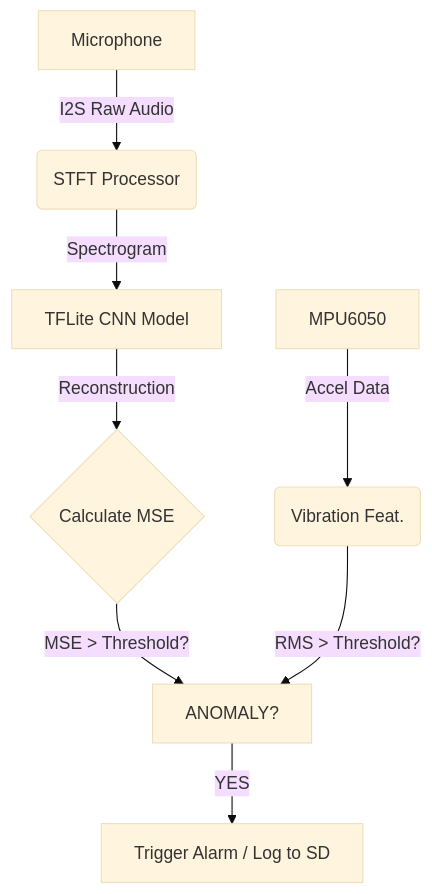
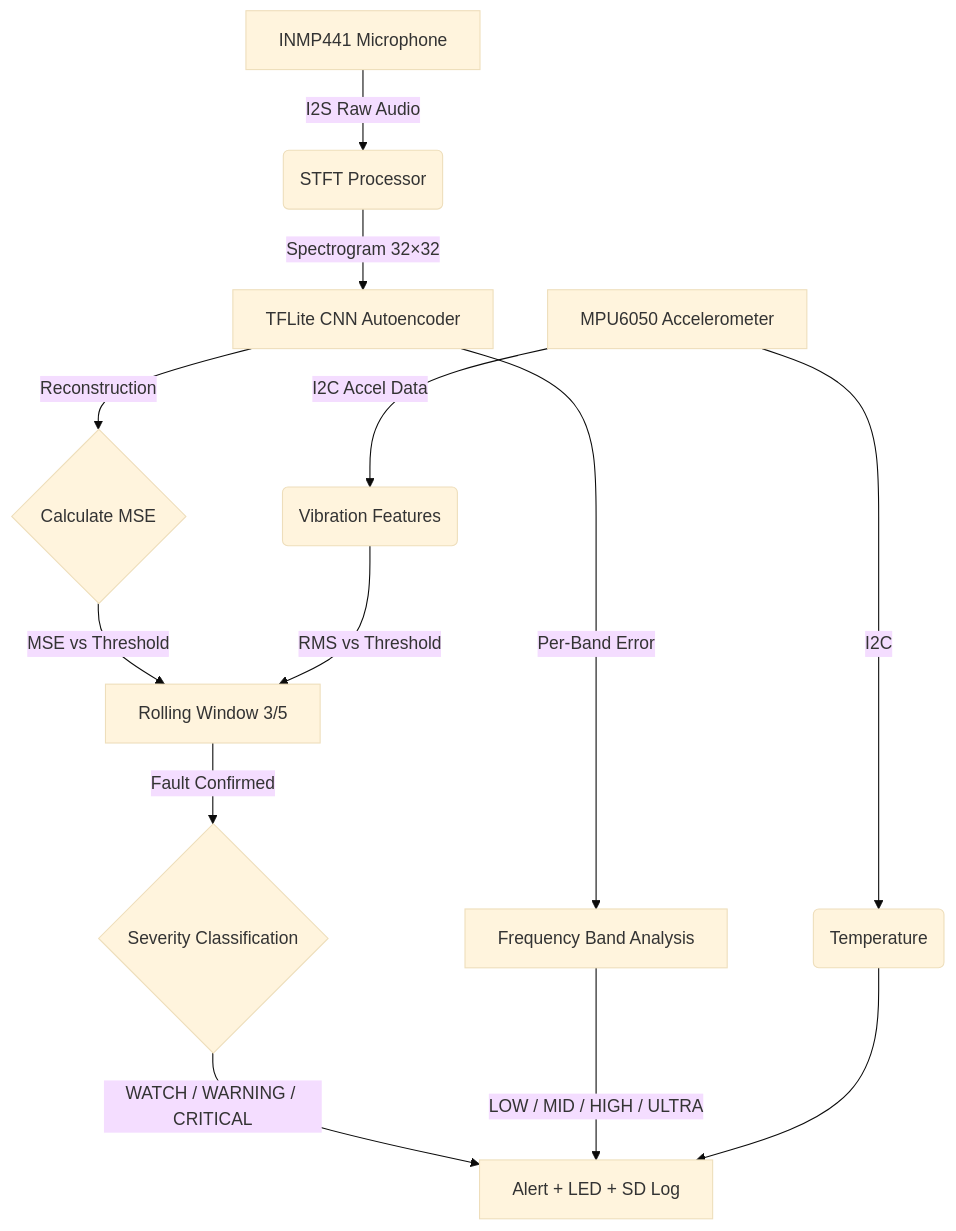
The diagram in README.md (egemen-akkoyunlu/PREDICTIVE_MAINTENANCE_TINYML), drawn with Mermaid (base theme) before and after one commit. The commit also changed other lines of this file, not shown here.

Commit message:
docs: update README with detection features, serial format, and band analysis note

````diff
--- a/README.md
+++ b/README.md
@@ -98,10 +143,15 @@
 ```mermaid
 graph TD
-    A[Microphone] -->|I2S Raw Audio| B(STFT Processor)
-    C[MPU6050] -->|Accel Data| D(Vibration Feat.)
-    B -->|Spectrogram| E[TFLite CNN Model]
+    A[INMP441 Microphone] -->|I2S Raw Audio| B(STFT Processor)
+    C[MPU6050 Accelerometer] -->|I2C Accel Data| D(Vibration Features)
+    C -->|I2C| T(Temperature)
+    B -->|Spectrogram 32×32| E[TFLite CNN Autoencoder]
     E -->|Reconstruction| F{Calculate MSE}
-    F -->|MSE > Threshold?| G[ANOMALY?]
-    D -->|RMS > Threshold?| G
-    G -->|YES| H[Trigger Alarm / Log to SD]
+    E -->|Per-Band Error| K[Frequency Band Analysis]
+    F -->|MSE vs Threshold| G[Rolling Window 3/5]
+    D -->|RMS vs Threshold| G
+    G -->|Fault Confirmed| H{Severity Classification}
+    H -->|WATCH / WARNING / CRITICAL| I[Alert + LED + SD Log]
+    K -->|LOW / MID / HIGH / ULTRA| I
+    T --> I
 ```
````
